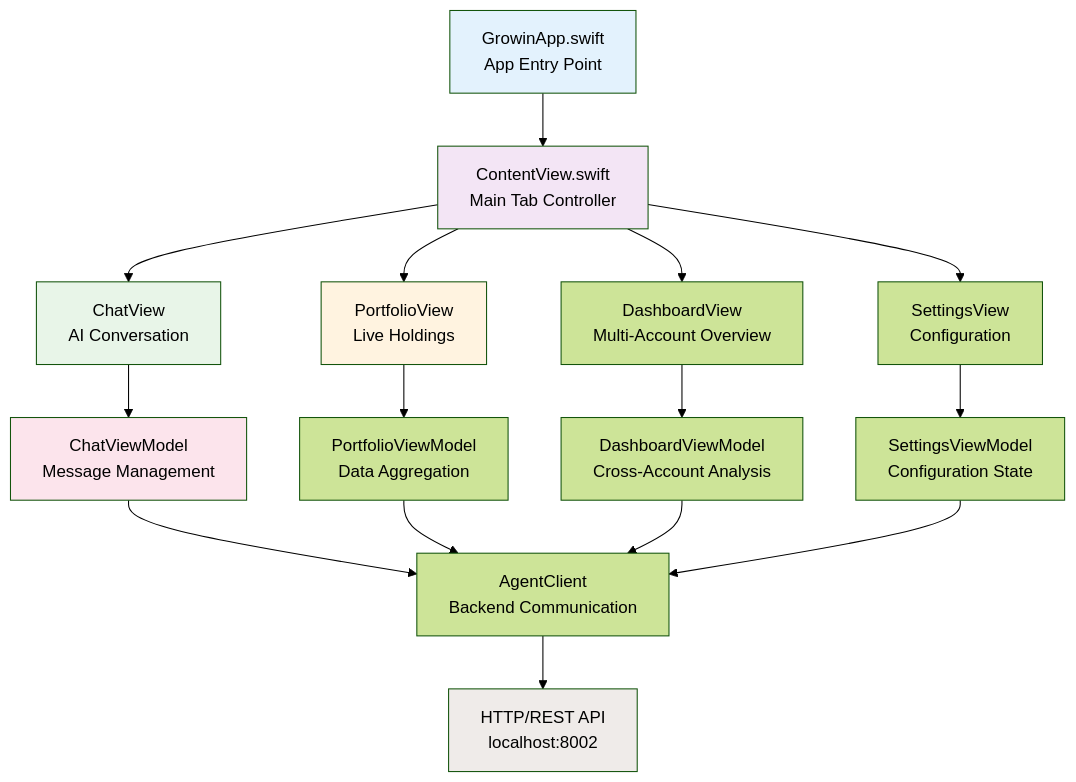
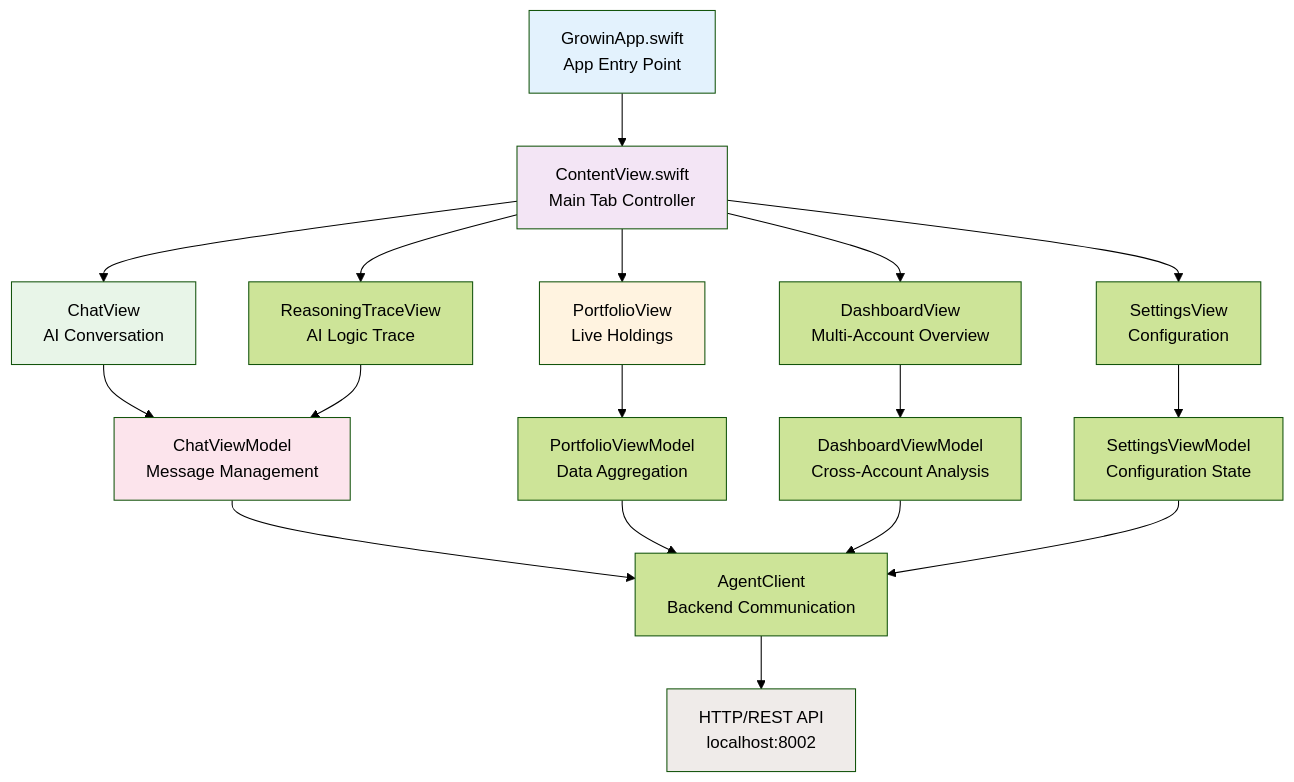
One commit to sank29mane/growin-app changed the second of 4 diagrams in docs/ARCHITECTURE.md. Above: the diagram before and after it, drawn with Mermaid (forest theme). The commit also changed other lines of this file and 6 other files, not shown here.

````diff
--- a/docs/ARCHITECTURE.md
+++ b/docs/ARCHITECTURE.md
@@ -94,28 +131,30 @@
 ```mermaid
 graph TD
     A[GrowinApp.swift<br/>App Entry Point] --> B[ContentView.swift<br/>Main Tab Controller]
 
     B --> C[ChatView<br/>AI Conversation]
     B --> D[PortfolioView<br/>Live Holdings]
     B --> E[DashboardView<br/>Multi-Account Overview]
     B --> F[SettingsView<br/>Configuration]
+    B --> G[ReasoningTraceView<br/>AI Logic Trace]
 
-    C --> G[ChatViewModel<br/>Message Management]
-    D --> H[PortfolioViewModel<br/>Data Aggregation]
-    E --> I[DashboardViewModel<br/>Cross-Account Analysis]
-    F --> J[SettingsViewModel<br/>Configuration State]
+    C --> H[ChatViewModel<br/>Message Management]
+    D --> I[PortfolioViewModel<br/>Data Aggregation]
+    E --> J[DashboardViewModel<br/>Cross-Account Analysis]
+    F --> K[SettingsViewModel<br/>Configuration State]
+    G --> H
 
-    G --> K[AgentClient<br/>Backend Communication]
-    H --> K
-    I --> K
-    J --> K
+    H --> L[AgentClient<br/>Backend Communication]
+    I --> L
+    J --> L
+    K --> L
 
-    K --> L[HTTP/REST API<br/>localhost:8002]
+    L --> M[HTTP/REST API<br/>localhost:8002]
 
     style A fill:#e3f2fd
     style B fill:#f3e5f5
     style C fill:#e8f5e8
     style D fill:#fff3e0
-    style G fill:#fce4ec
-    style L fill:#efebe9
+    style H fill:#fce4ec
+    style M fill:#efebe9
 ```
````
